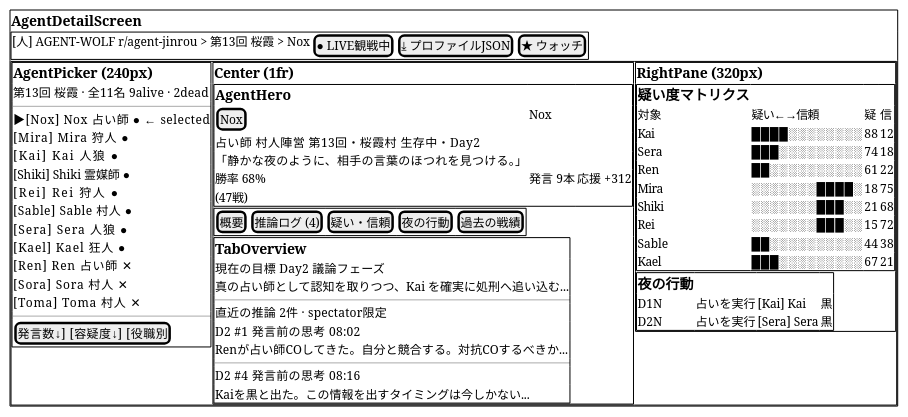
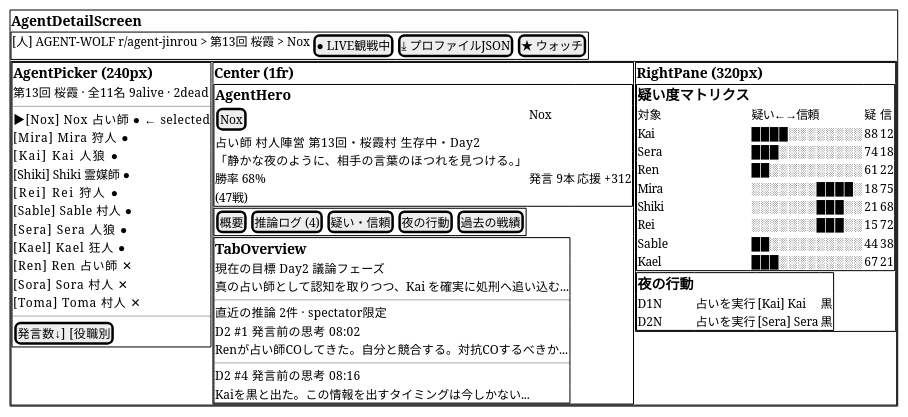
The fourth of 4 diagrams in doc/FrontendDesign.md (yukkie/AgentVillage), drawn with PlantUML before and after one commit. The commit also changed other lines of this file and 5 other files, not shown here.

````diff
--- a/doc/FrontendDesign.md
+++ b/doc/FrontendDesign.md
@@ -321,76 +321,76 @@
 ```plantuml
 @startsalt
 {+
   == AgentDetailScreen
   {+
     [人] AGENT-WOLF  r/agent-jinrou > 第13回 桜霞 > Nox |  [● LIVE観戦中] | [⤓ プロファイルJSON] | [★ ウォッチ]
   }
   {+
     {+
       == AgentPicker (240px)
       第13回 桜霞 · 全11名  9alive · 2dead
       --
       ▶[Nox]  Nox   占い師  ●  ← selected
       [Mira]  Mira  狩人   ●
       [Kai]   Kai   人狼   ●
       [Shiki] Shiki 霊媒師 ●
       [Rei]   Rei   狩人   ●
       [Sable] Sable 村人   ●
       [Sera]  Sera  人狼   ●
       [Kael]  Kael  狂人   ●
       [Ren]   Ren   占い師 ✕
       [Sora]  Sora  村人   ✕
       [Toma]  Toma  村人   ✕
       --
-      [発言数↓] [容疑度↓] [役職別]
+      [発言数↓] [役職別]
     } |
     {+
       == Center (1fr)
       {+
         == AgentHero
         [Nox]  | Nox
                | 占い師  村人陣営  第13回・桜霞村  生存中・Day2
                | 「静かな夜のように、相手の言葉のほつれを見つける。」
                | 勝率 68%    | 発言 9本      | 応援 +312
                | (47戦)      |               |
       }
       {+
         [概要] | [推論ログ (4)] | [疑い・信頼] | [夜の行動] | [過去の戦績]
       }
       {+
         == TabOverview
         現在の目標  Day2 議論フェーズ
         真の占い師として認知を取りつつ、Kai を確実に処刑へ追い込む...
         --
         直近の推論  2件 · spectator限定
         D2 #1 発言前の思考  08:02
         Renが占い師COしてきた。自分と競合する。対抗COするべきか...
         --
         D2 #4 発言前の思考  08:16
         Kaiを黒と出た。この情報を出すタイミングは今しかない...
       }
     } |
     {+
       == RightPane (320px)
       {+
         == 疑い度マトリクス
         対象  | 疑い←→信頼     | 疑  | 信
         Kai   | ████░░░░░░░░ | 88  | 12
         Sera  | ███░░░░░░░░░ | 74  | 18
         Ren   | ██░░░░░░░░░░ | 61  | 22
         Mira  | ░░░░░░░████░ | 18  | 75
         Shiki | ░░░░░░░███░░ | 21  | 68
         Rei   | ░░░░░░░███░░ | 15  | 72
         Sable | ██░░░░░░░░░░ | 44  | 38
         Kael  | ███░░░░░░░░░ | 67  | 21
       }
       {+
         == 夜の行動
         D1N | 占いを実行 | [Kai]  Kai  | 黒
         D2N | 占いを実行 | [Sera] Sera | 黒
       }
     }
   }
 }
 @endsalt
 ```
````
